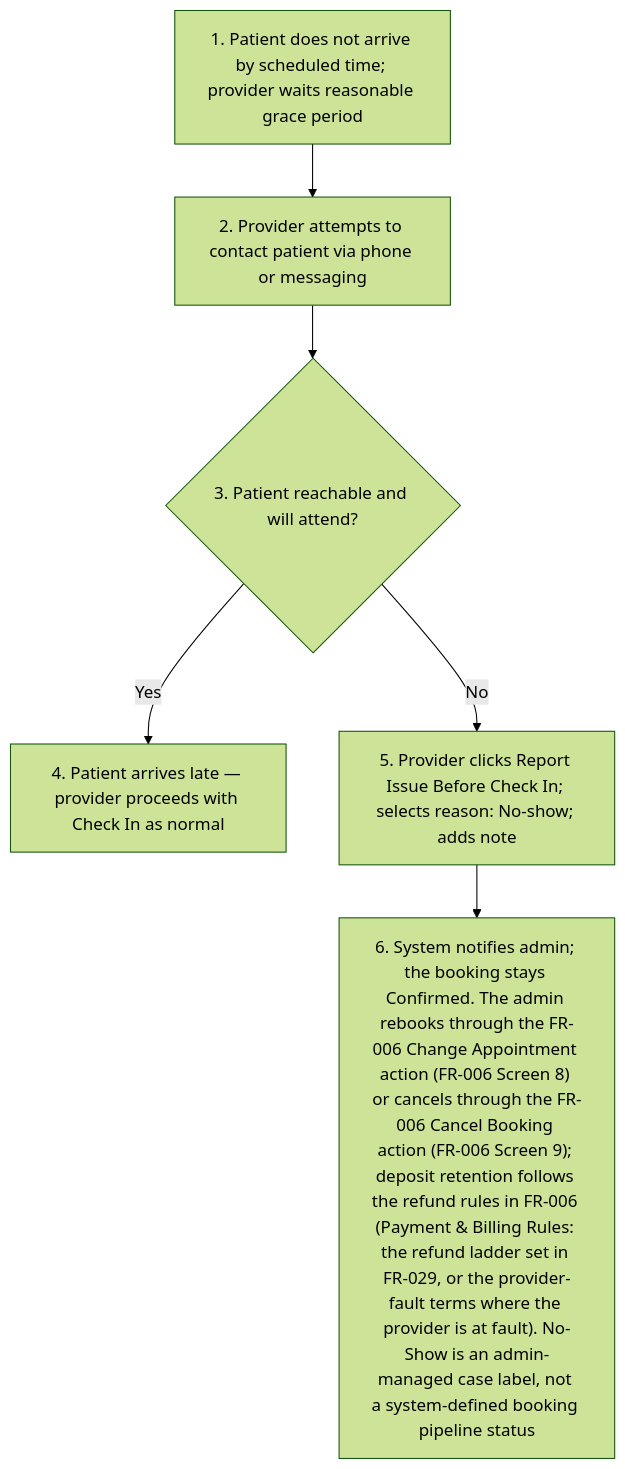
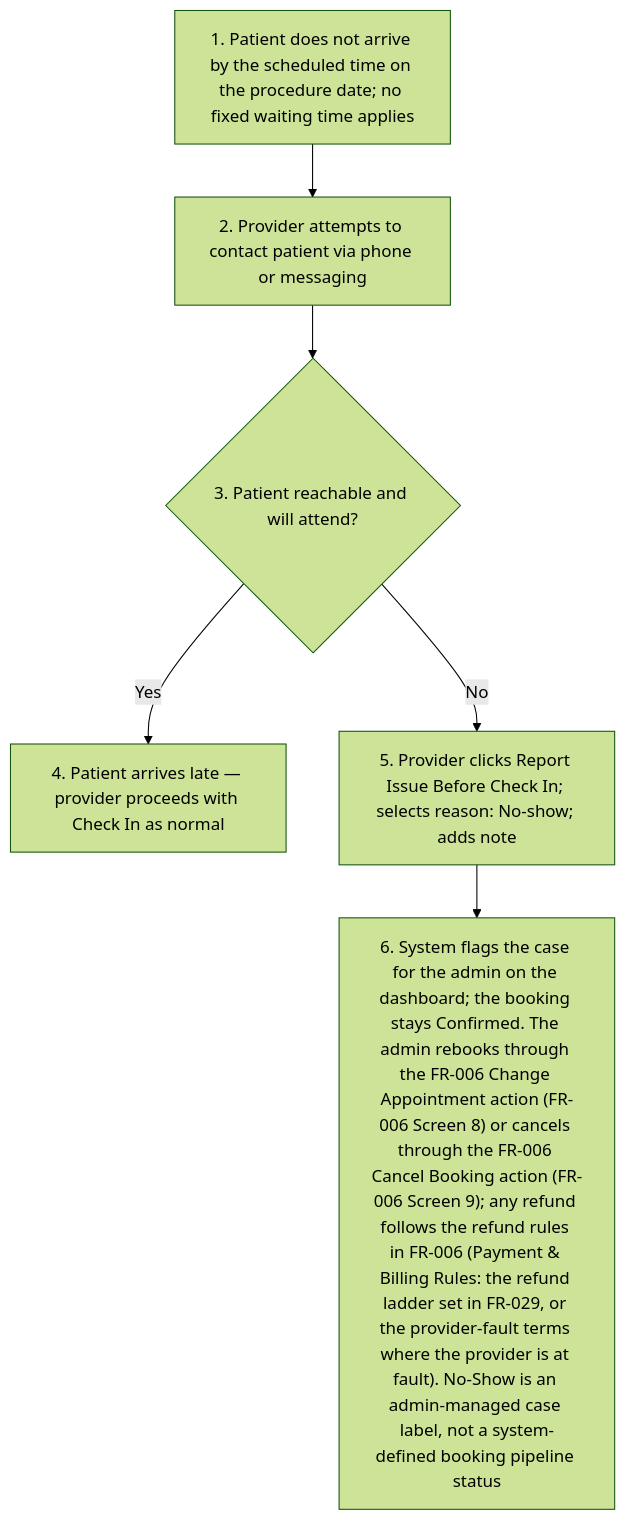
Before and after one commit to joachimtrungtuan/hairline-pm-docs: the fifth of 10 diagrams in project-requirements/functional-requirements/fr010-treatment-execution/prd.md, drawn with Mermaid (forest theme). The commit also changed other lines of this file and 5 other files, not shown here.

````diff
--- a/project-requirements/functional-requirements/fr010-treatment-execution/prd.md
+++ b/project-requirements/functional-requirements/fr010-treatment-execution/prd.md
@@ -169,9 +183,9 @@
 ```mermaid
 flowchart TD
-  B1S1["1. Patient does not arrive by scheduled time; provider waits reasonable grace period"] --> B1S2
+  B1S1["1. Patient does not arrive by the scheduled time on the procedure date; no fixed waiting time applies"] --> B1S2
   B1S2["2. Provider attempts to contact patient via phone or messaging"] --> B1S3
   B1S3{"3. Patient reachable and will attend?"}
   B1S3 -- Yes --> B1S4["4. Patient arrives late — provider proceeds with Check In as normal"]
   B1S3 -- No --> B1S5["5. Provider clicks Report Issue Before Check In; selects reason: No-show; adds note"]
-  B1S5 --> B1S6["6. System notifies admin; the booking stays Confirmed. The admin rebooks through the FR-006 Change Appointment action (FR-006 Screen 8) or cancels through the FR-006 Cancel Booking action (FR-006 Screen 9); deposit retention follows the refund rules in FR-006 (Payment & Billing Rules: the refund ladder set in FR-029, or the provider-fault terms where the provider is at fault). No-Show is an admin-managed case label, not a system-defined booking pipeline status"]
+  B1S5 --> B1S6["6. System flags the case for the admin on the dashboard; the booking stays Confirmed. The admin rebooks through the FR-006 Change Appointment action (FR-006 Screen 8) or cancels through the FR-006 Cancel Booking action (FR-006 Screen 9); any refund follows the refund rules in FR-006 (Payment & Billing Rules: the refund ladder set in FR-029, or the provider-fault terms where the provider is at fault). No-Show is an admin-managed case label, not a system-defined booking pipeline status"]
 ```
````
